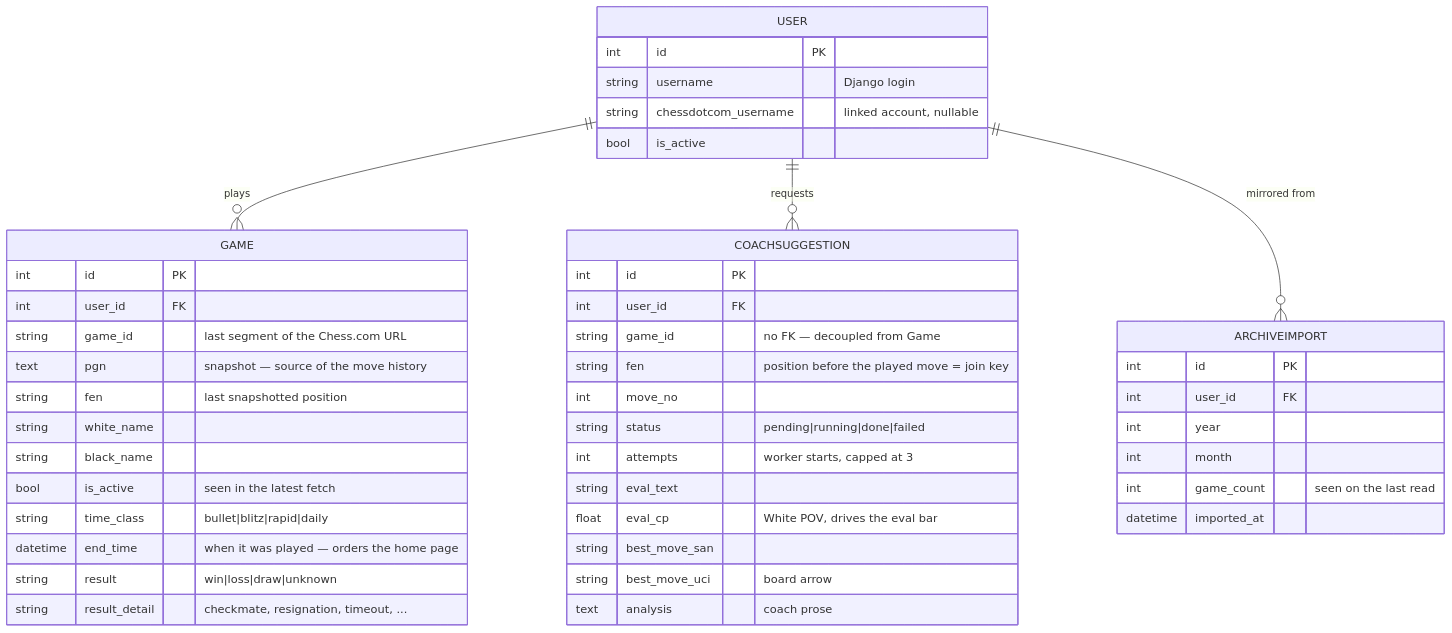
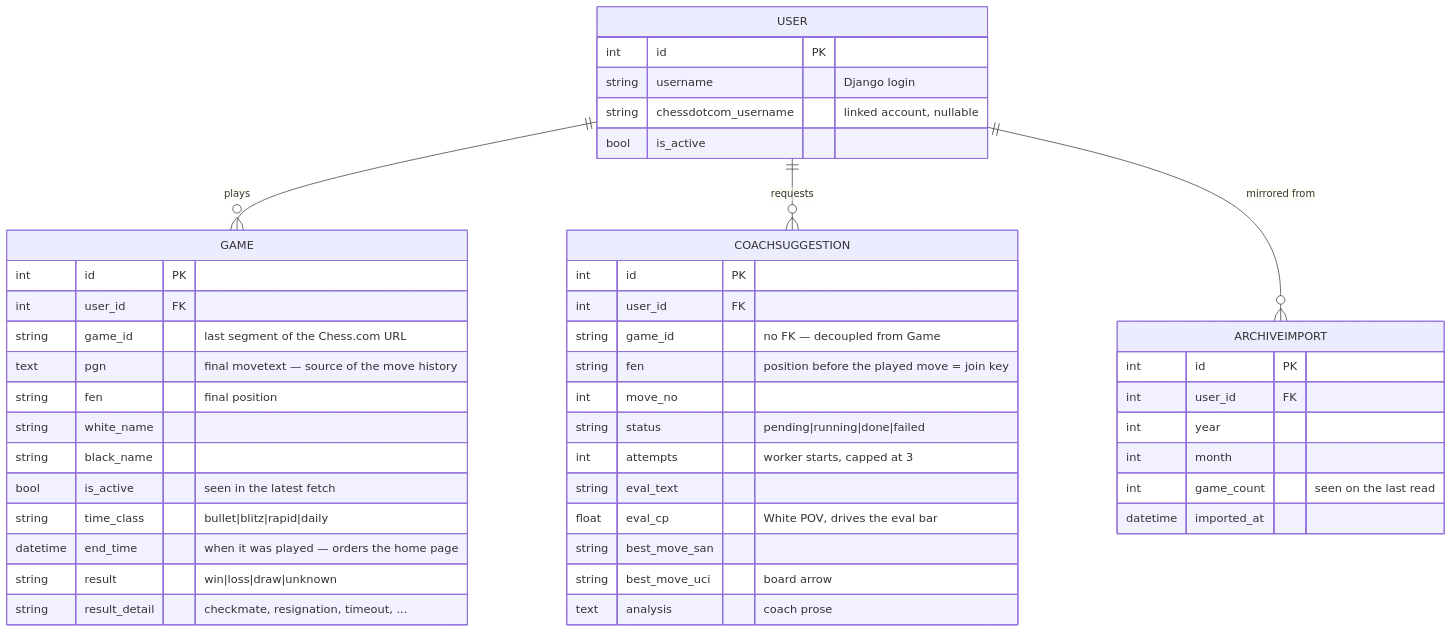
Before and after one commit to gab-25/chessdotcom_ai_coach: the first of 2 diagrams in docs/data-model.md, drawn with Mermaid. The commit also changed other lines of this file and 13 other files, not shown here.

````diff
--- a/docs/data-model.md
+++ b/docs/data-model.md
@@ -10,52 +15,52 @@
 ```mermaid
 erDiagram
     USER ||--o{ GAME : "plays"
     USER ||--o{ COACHSUGGESTION : "requests"
     USER ||--o{ ARCHIVEIMPORT : "mirrored from"
 
     USER {
         int id PK
         string username "Django login"
         string chessdotcom_username "linked account, nullable"
         bool is_active
     }
 
     GAME {
         int id PK
         int user_id FK
         string game_id "last segment of the Chess.com URL"
-        text pgn "snapshot — source of the move history"
-        string fen "last snapshotted position"
+        text pgn "final movetext — source of the move history"
+        string fen "final position"
         string white_name
         string black_name
         bool is_active "seen in the latest fetch"
         string time_class "bullet|blitz|rapid|daily"
         datetime end_time "when it was played — orders the home page"
         string result "win|loss|draw|unknown"
         string result_detail "checkmate, resignation, timeout, ..."
     }
 
     ARCHIVEIMPORT {
         int id PK
         int user_id FK
         int year
         int month
         int game_count "seen on the last read"
         datetime imported_at
     }
 
     COACHSUGGESTION {
         int id PK
         int user_id FK
         string game_id "no FK — decoupled from Game"
         string fen "position before the played move = join key"
         int move_no
         string status "pending|running|done|failed"
         int attempts "worker starts, capped at 3"
         string eval_text
         float eval_cp "White POV, drives the eval bar"
         string best_move_san
         string best_move_uci "board arrow"
         text analysis "coach prose"
     }
 ```
````
